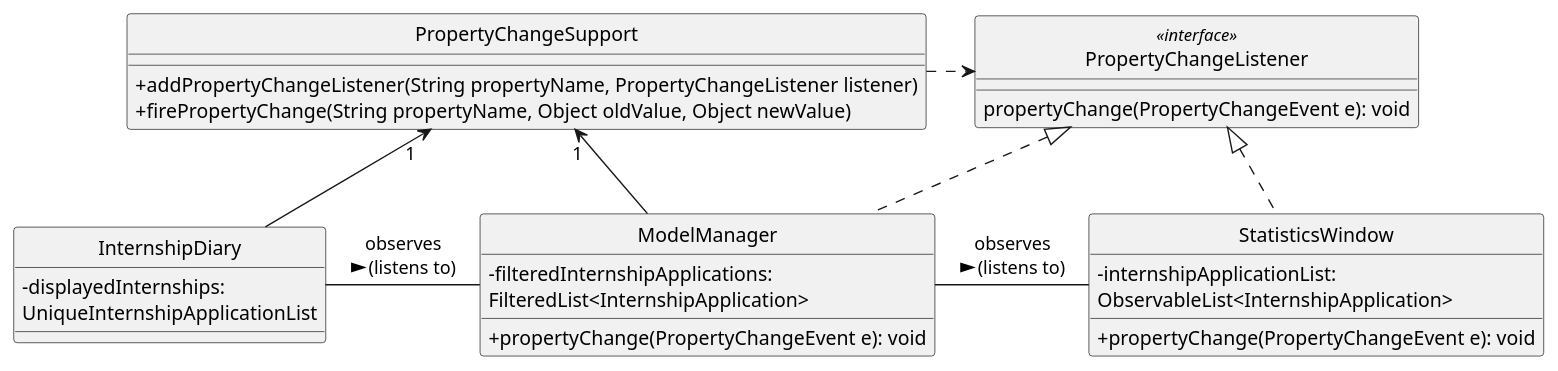
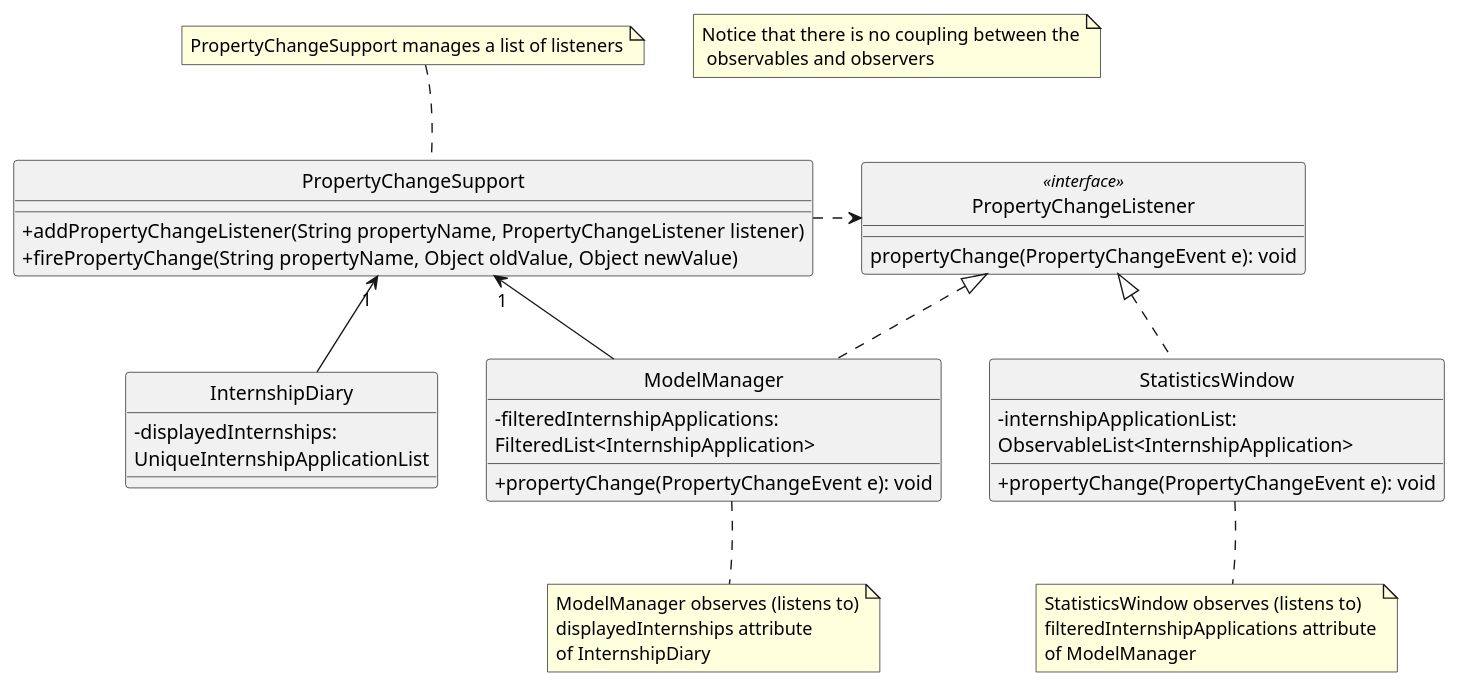
The diagram in docs/diagrams/InternshipDiaryAndModelManagerPropertyChangeClassDiagram.puml (wxwxwxwx9/main), drawn with PlantUML before and after one commit. The commit also changed 5 other files, not shown here.

Commit message:
Updated observer pattern explanation and diagram

```diff
--- a/docs/diagrams/InternshipDiaryAndModelManagerPropertyChangeClassDiagram.puml
+++ b/docs/diagrams/InternshipDiaryAndModelManagerPropertyChangeClassDiagram.puml
@@ -1,78 +1,93 @@
 @startuml
 
 hide circle
 skinparam classAttributeIconSize 0
 
 'package Model <<Rectangle>> {
 '    class InternshipDiary
 '    class ModelManager
 '}
 '
 'package UI <<Rectangle>> {
 '    class StatisticsWindow
 '}
+
+note "PropertyChangeSupport manages a list of listeners" as manageListeners
+PropertyChangeSupport .up[hidden]. manageListeners
+PropertyChangeSupport .up. manageListeners
+
+note "ModelManager observes (listens to)\ndisplayedInternships attribute\nof InternshipDiary" as modelManagerObserves
+modelManagerObserves .up[hidden]. ModelManager
+modelManagerObserves .up. ModelManager
+
+note "StatisticsWindow observes (listens to)\nfilteredInternshipApplications attribute\nof ModelManager" as statisticsWindowObserves
+statisticsWindowObserves .up[hidden]. StatisticsWindow
+statisticsWindowObserves .up. StatisticsWindow
+
+note "Notice that there is no coupling between the\n observables and observers" as N1
+
 
 Class InternshipDiary {
     - displayedInternships: \nUniqueInternshipApplicationList
 '    - changes: PropertyChangeSupport
 '    + addPropertyChangeListener(ListenerPropertyType propertyType, \nPropertyChangeListener l): void
 '    + firePropertyChange(ListenerPropertyType propertyType, \nObject newValue): void
 }
 
 Class ModelManager implements PropertyChangeListener {
      - filteredInternshipApplications: \nFilteredList<InternshipApplication>
 '    - changes: PropertyChangeSupport
 '    + addPropertyChangeListener(ListenerPropertyType propertyType, \nPropertyChangeListener l): void
 '    + firePropertyChange(ListenerPropertyType propertyType, Object newValue): void
     + propertyChange(PropertyChangeEvent e): void
 '    - refreshFilteredInternshipApplications(Object newInternshipApplications)
 '    - fireAllPropertyChanges(): void
 }
 
 Class StatisticsWindow implements PropertyChangeListener {
     - internshipApplicationList: \nObservableList<InternshipApplication>
     + propertyChange(PropertyChangeEvent e): void
 }
 
 class PropertyChangeListener <<interface>> {
     propertyChange(PropertyChangeEvent e): void
 }
 
 class PropertyChangeSupport {
     + addPropertyChangeListener(String propertyName, PropertyChangeListener listener)
     + firePropertyChange(String propertyName, Object oldValue, Object newValue)
 }
 
 InternshipDiary -up-> "1" PropertyChangeSupport
 ModelManager -up-> "1" PropertyChangeSupport
 
 PropertyChangeSupport .right.> PropertyChangeListener
 
 'enum ListenerPropertyType <<enumeration>> {
 '    DISPLAYED_INTERNSHIPS
 '    FILTERED_INTERNSHIP_APPLICATIONS
 '    VIEW_TYPE
 '    COMPARATOR
 '    PREDICATE
 '    DISPLAYED_INTERNSHIP_DETAILS
 '}
 '
 'InternshipDiary ..> ListenerPropertyType
 'ModelManager ..> ListenerPropertyType
 
-StatisticsWindow -left- ModelManager: observes\n (listens to) >
-
-ModelManager -left- InternshipDiary: observes\n (listens to) >
+'StatisticsWindow -left- ModelManager: observes\n (listens to) >
+'
+'ModelManager -left- InternshipDiary: observes\n (listens to) >
 
 '        logic.addPropertyChangeListener(FILTERED_INTERNSHIP_APPLICATIONS, internshipApplicationListPanel);
 '        logic.addPropertyChangeListener(FILTERED_INTERNSHIP_APPLICATIONS, statisticsWindow);
 '        logic.addPropertyChangeListener(FILTERED_INTERNSHIP_APPLICATIONS, statisticsBarFooter);
 '        logic.addPropertyChangeListener(COMPARATOR, comparatorDisplayFooter);
 '        logic.addPropertyChangeListener(PREDICATE, predicateDisplayFooter);
 '        logic.addPropertyChangeListener(PREDICATE, internshipApplicationDetailSetter);
 '        logic.addPropertyChangeListener(VIEW_TYPE, viewDisplayFooter);
 '        logic.addPropertyChangeListener(DISPLAYED_INTERNSHIP_DETAIL, internshipApplicationDetailSetter);
 
 
 
 @enduml
```
